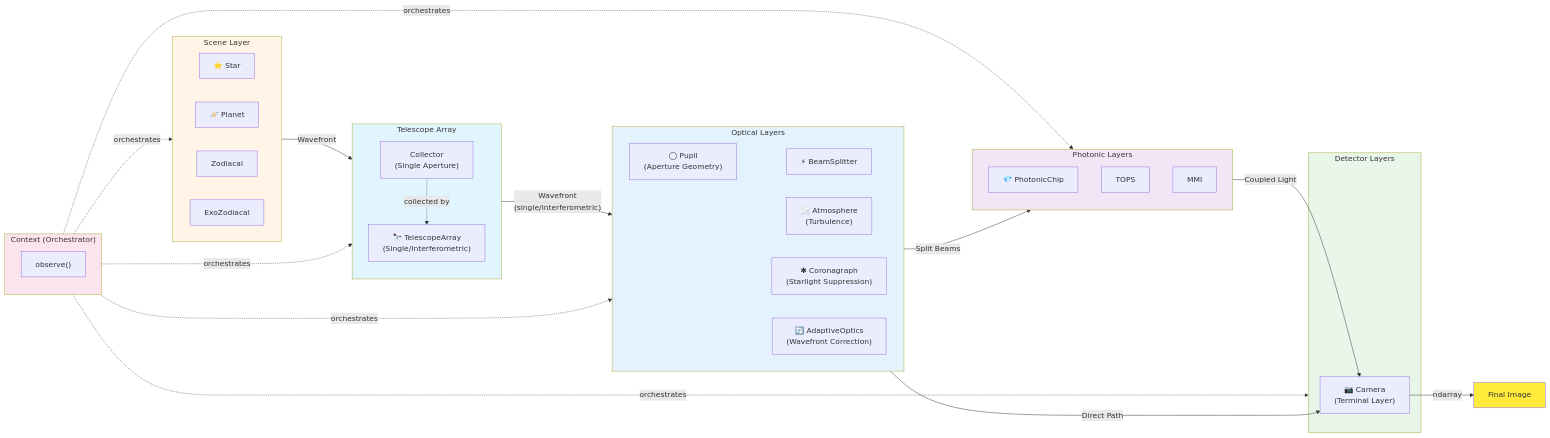
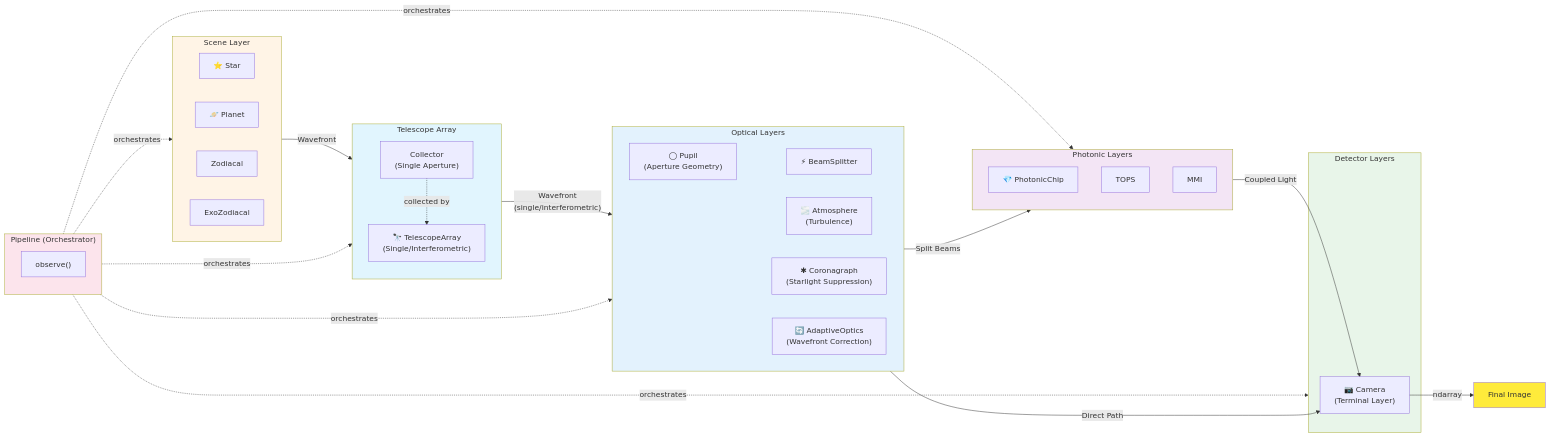
One commit to VForiel/HELIOS changed the diagram in docs/index.md. Above: the diagram before and after it, drawn with Mermaid. The commit also changed other lines of this file and 49 other files, not shown here.

Commit message:
Improved layer architecture

````diff
--- a/docs/index.md
+++ b/docs/index.md
@@ -11,63 +11,63 @@
 ```{mermaid}
 flowchart LR
-    subgraph Context["Context (Orchestrator)"]
+    subgraph Pipeline["Pipeline (Orchestrator)"]
         observe["observe()"]
     end
     
     subgraph Scene["Scene Layer"]
         direction LR
         Star["⭐ Star"]
         Planet["🪐 Planet"]
         Zodi["Zodiacal"]
         ExoZodi["ExoZodiacal"]
     end
     
     subgraph TelescopeGroup["Telescope Array"]
         direction TB
         Collector["Collector<br/>(Single Aperture)"]
         TelescopeArray["🔭 TelescopeArray<br/>(Single/Interferometric)"]
         Collector -.-> |"collected by"| TelescopeArray
     end
     
     subgraph Optics["Optical Layers"]
         direction LR
         Pupil["◯ Pupil<br/>(Aperture Geometry)"]
         Atm["🌫️ Atmosphere<br/>(Turbulence)"]
         Coro["✱ Coronagraph<br/>(Starlight Suppression)"]
         AO["🔄 AdaptiveOptics<br/>(Wavefront Correction)"]
         BS["⚡ BeamSplitter"]
     end
     
     subgraph Photonics["Photonic Layers"]
         direction TB
         Chip["💎 PhotonicChip"]
         TOPS["TOPS"]
         MMI["MMI"]
     end
     
     subgraph Detectors["Detector Layers"]
         Camera["📷 Camera<br/>(Terminal Layer)"]
     end
     
     Scene --> |Wavefront| TelescopeGroup
     TelescopeGroup --> |"Wavefront<br/>(single/interferometric)"| Optics
     Optics --> BS
     BS --> |Split Beams| Photonics
     BS --> |Direct Path| Camera
     Photonics --> |Coupled Light| Camera
     Camera --> |ndarray| Result["Final Image"]
     
-    Context -.-> |orchestrates| Scene
-    Context -.-> |orchestrates| TelescopeGroup
-    Context -.-> |orchestrates| Optics
-    Context -.-> |orchestrates| Photonics
-    Context -.-> |orchestrates| Detectors
+    Pipeline -.-> |orchestrates| Scene
+    Pipeline -.-> |orchestrates| TelescopeGroup
+    Pipeline -.-> |orchestrates| Optics
+    Pipeline -.-> |orchestrates| Photonics
+    Pipeline -.-> |orchestrates| Detectors
     
     style Scene fill:#fff4e6
     style TelescopeGroup fill:#e1f5fe
     style Optics fill:#e3f2fd
     style Photonics fill:#f3e5f5
     style Detectors fill:#e8f5e9
-    style Context fill:#fce4ec
+    style Pipeline fill:#fce4ec
     style Result fill:#ffeb3b
 ```
````
